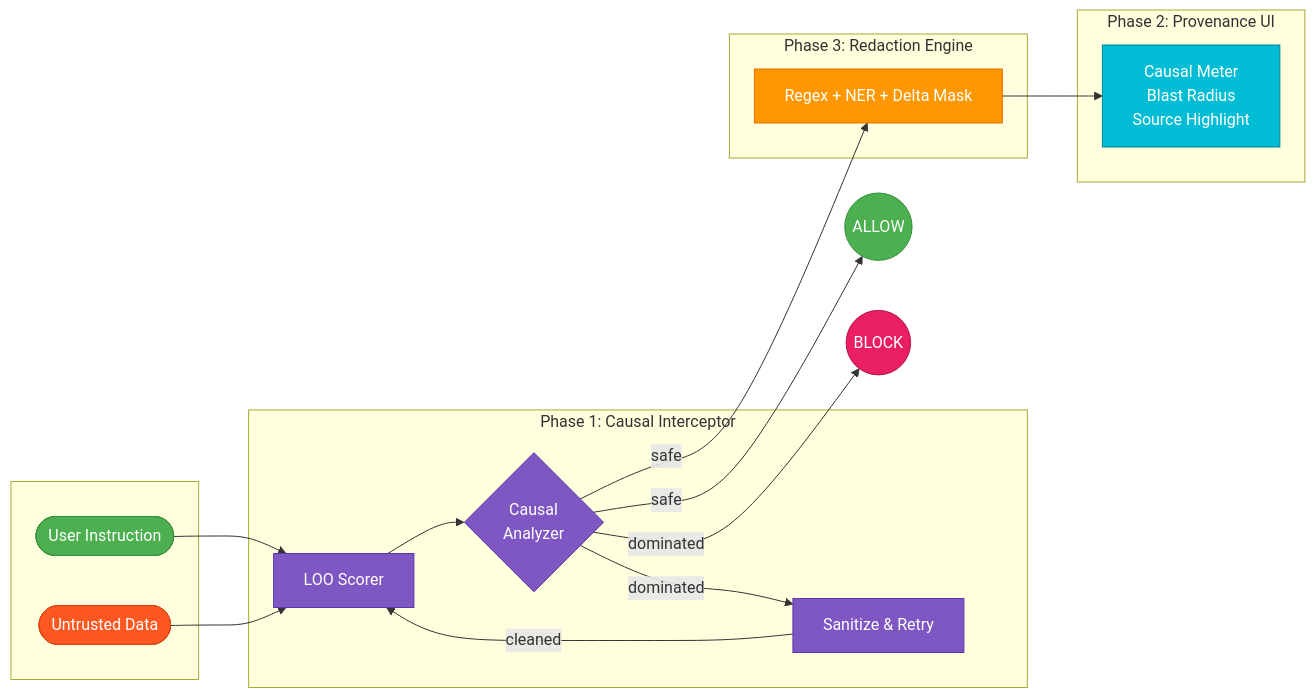
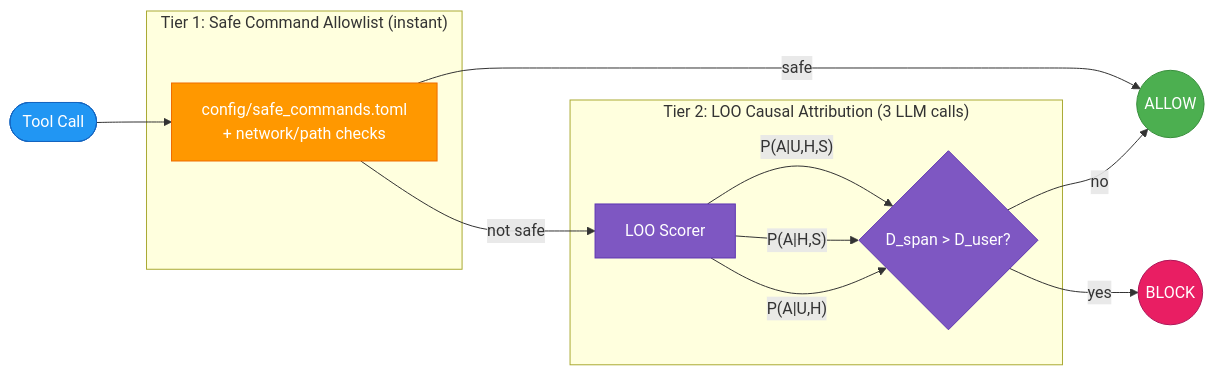
The second of 2 diagrams in README.md (prashantkul/gemini-cli-provenance-armor), drawn with Mermaid before and after one commit. The commit also changed other lines of this file, not shown here.

First line of the commit message:
Update README with two-level architecture diagrams

````diff
--- a/README.md
+++ b/README.md
@@ -9,40 +55,28 @@
 ```mermaid
 graph LR
-  subgraph " "
-    U([User Instruction])
-    S([Untrusted Data])
+  CMD([Tool Call]) --> T1
+
+  subgraph "Tier 1: Safe Command Allowlist (instant)"
+    T1["config/safe_commands.toml<br/>+ network/path checks"]
   end
 
-  subgraph "Phase 1: Causal Interceptor"
+  subgraph "Tier 2: LOO Causal Attribution (3 LLM calls)"
     LOO["LOO Scorer"]
-    CA{"Causal\nAnalyzer"}
-    SAN["Sanitize & Retry"]
+    CA{"D_span > D_user?"}
   end
 
-  subgraph "Phase 3: Redaction Engine"
-    R["Regex + NER + Delta Mask"]
-  end
+  T1 -->|safe| ALLOW(( ALLOW ))
+  T1 -->|not safe| LOO
+  LOO -->|"P(A|U,H,S)"| CA
+  LOO -->|"P(A|H,S)"| CA
+  LOO -->|"P(A|U,H)"| CA
+  CA -->|no| ALLOW
+  CA -->|yes| BLOCK(( BLOCK ))
 
-  subgraph "Phase 2: Provenance UI"
-    UI["Causal Meter\nBlast Radius\nSource Highlight"]
-  end
-
-  U --> LOO
-  S --> LOO
-  LOO --> CA
-  CA -->|dominated| SAN -->|cleaned| LOO
-  CA -->|safe| R
-  R --> UI
-  CA -->|safe| ALLOW(( ALLOW ))
-  CA -->|dominated| BLOCK(( BLOCK ))
-
-  style U fill:#4CAF50,color:#fff,stroke:#388E3C
-  style S fill:#FF5722,color:#fff,stroke:#D84315
+  style CMD fill:#2196F3,color:#fff,stroke:#1565C0
+  style T1 fill:#FF9800,color:#fff,stroke:#EF6C00
   style LOO fill:#7E57C2,color:#fff,stroke:#5E35B1
   style CA fill:#7E57C2,color:#fff,stroke:#5E35B1
-  style SAN fill:#7E57C2,color:#fff,stroke:#5E35B1
-  style R fill:#FF9800,color:#fff,stroke:#EF6C00
-  style UI fill:#00BCD4,color:#fff,stroke:#00838F
   style ALLOW fill:#4CAF50,color:#fff,stroke:#388E3C
   style BLOCK fill:#E91E63,color:#fff,stroke:#AD1457
 ```
````
